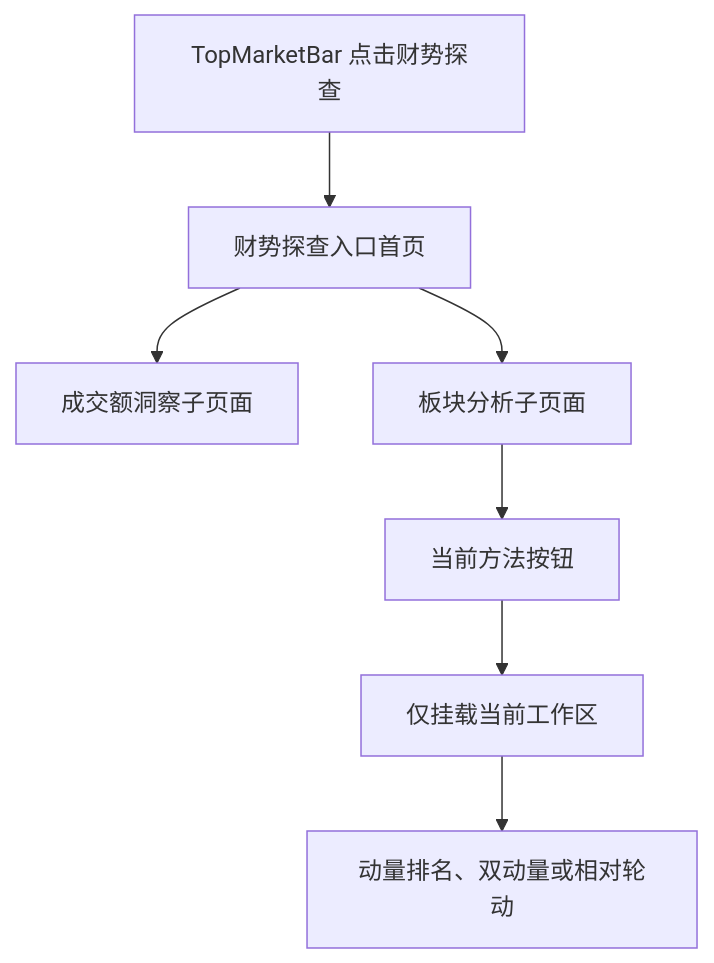
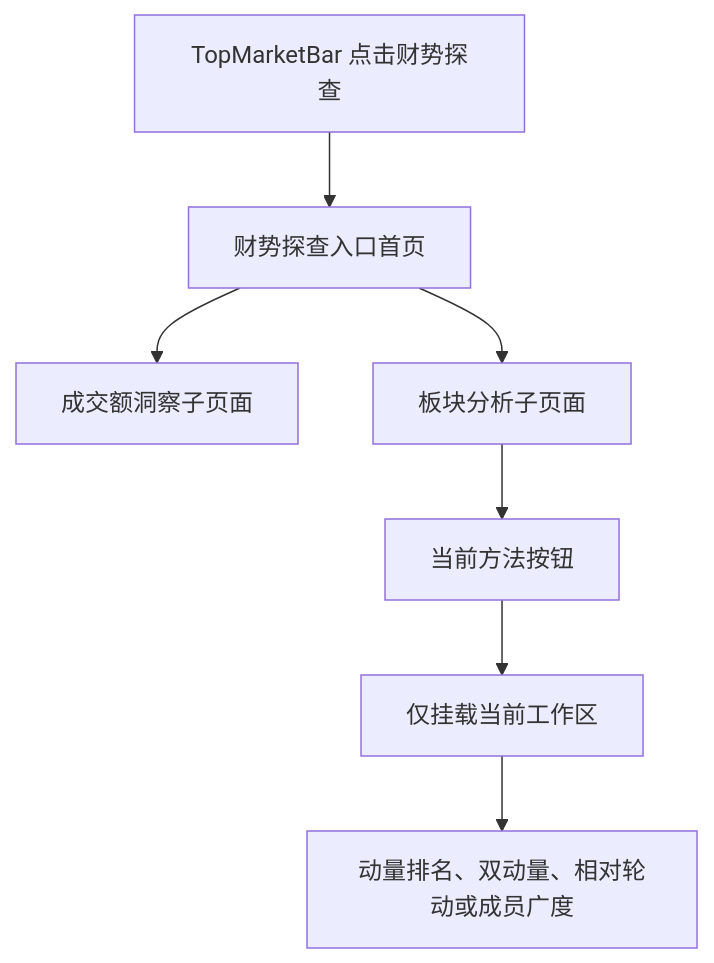
The first of 2 diagrams in wealth/docs/pages/wealth-exploration/sector-analysis-implementation-design-v1.md (chiuser/goldenshare), drawn with Mermaid before and after one commit. The commit also changed other lines of this file and 13 other files, not shown here.

````diff
--- a/wealth/docs/pages/wealth-exploration/sector-analysis-implementation-design-v1.md
+++ b/wealth/docs/pages/wealth-exploration/sector-analysis-implementation-design-v1.md
@@ -276,9 +316,9 @@
 ```mermaid
 flowchart TD
   A["TopMarketBar 点击财势探查"] --> B["财势探查入口首页"]
   B --> C["成交额洞察子页面"]
   B --> D["板块分析子页面"]
   D --> E["当前方法按钮"]
   E --> F["仅挂载当前工作区"]
-  F --> G["动量排名、双动量或相对轮动"]
+  F --> G["动量排名、双动量、相对轮动或成员广度"]
 ```
````
